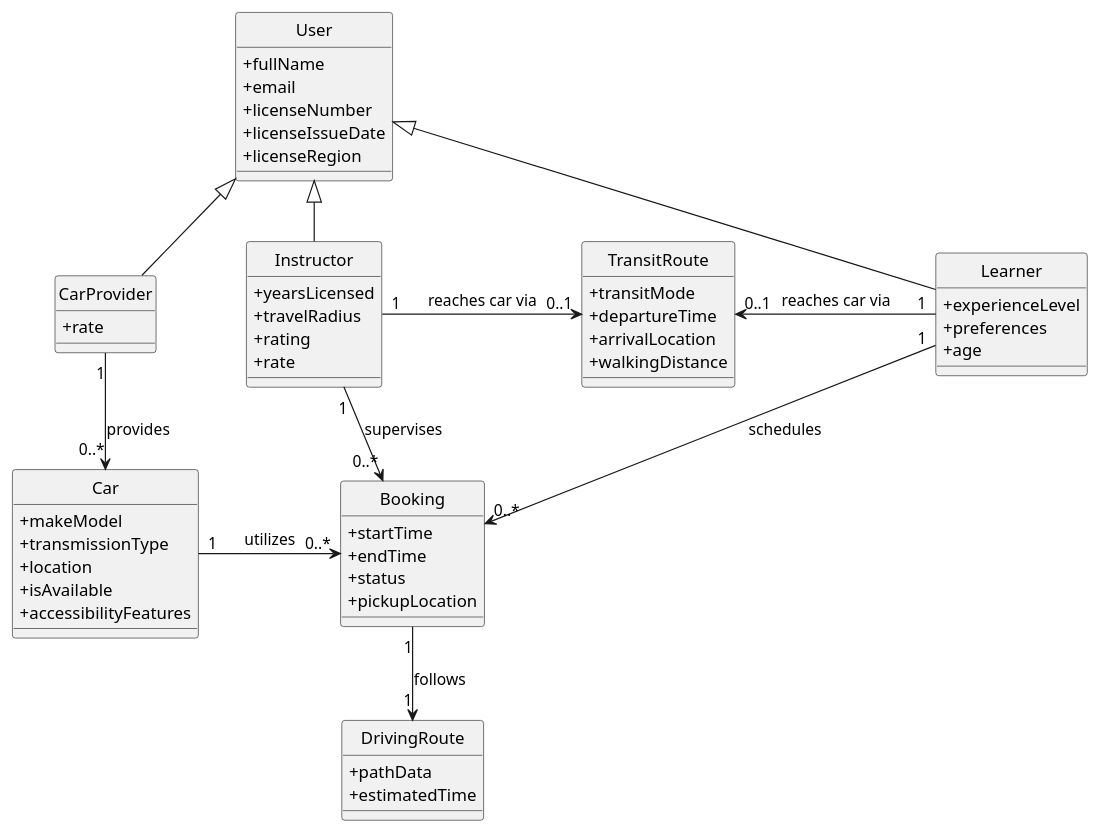
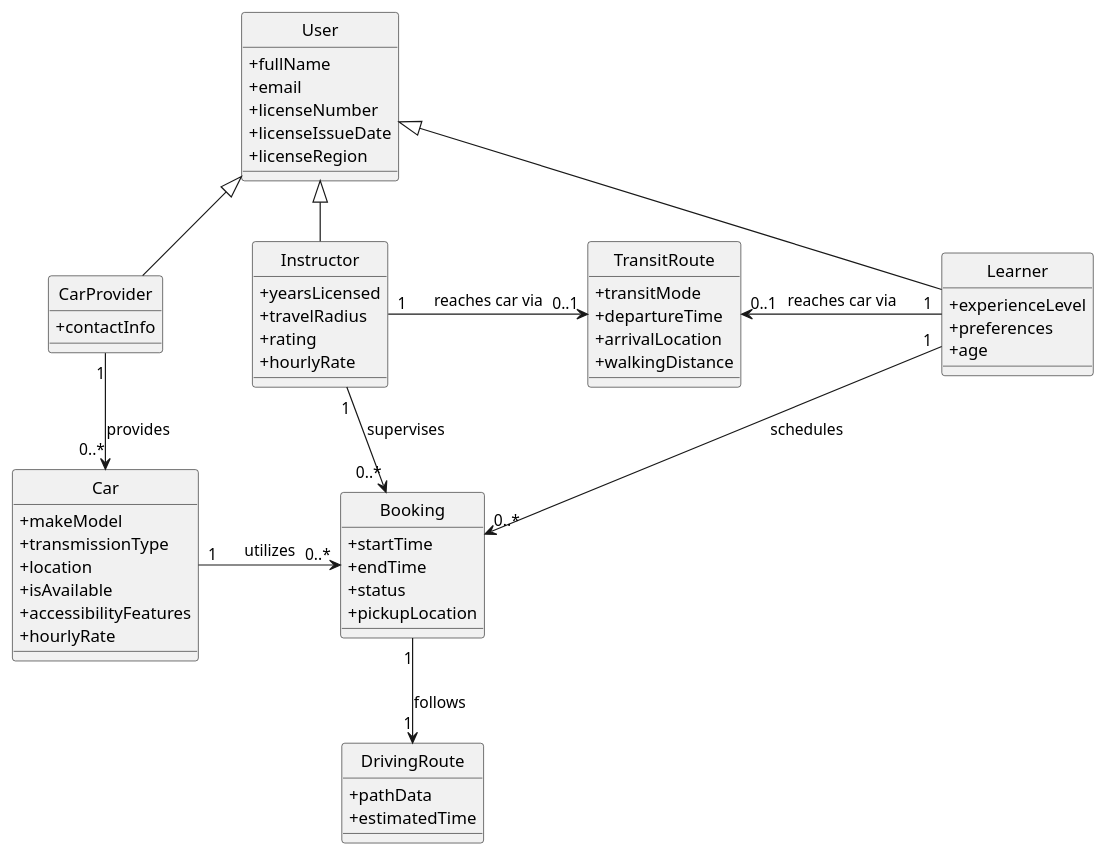
The diagram in documentation/domainModel.puml (FrancoisMartinez/SOEN343_Avatar), drawn with PlantUML before and after one commit.

```diff
--- a/documentation/domainModel.puml
+++ b/documentation/domainModel.puml
@@ -1,75 +1,75 @@
 @startuml
 skinparam classAttributeIconSize 0
 hide circle
 skinparam nodesep 75
 skinparam ranksep 50
 
-' --- USER ROLES ---
 class User {
     +fullName
     +email
     +licenseNumber
     +licenseIssueDate
     +licenseRegion
 }
 
 class Learner {
     +experienceLevel
     +preferences
     +age
 }
 
 class Instructor {
     +yearsLicensed
     +travelRadius
     +rating
-    +rate
+    +hourlyRate
 }
 
 class CarProvider {
-    +rate
+    +contactInfo
 }
 
 User <|-- Learner
 User <|-- Instructor
 User <|-- CarProvider
 
 class Car {
     +makeModel
     +transmissionType
     +location
     +isAvailable
     +accessibilityFeatures
+    +hourlyRate
 }
 
 class Booking {
     +startTime
     +endTime
     +status
     +pickupLocation
 }
 
 class DrivingRoute {
     +pathData
     +estimatedTime
 }
 
 class TransitRoute {
     +transitMode
     +departureTime
     +arrivalLocation
     +walkingDistance
 }
 
 
 Learner "1" -down-> "0..*" Booking : schedules
 Instructor "1" -down-> "0..*" Booking : supervises
 Car "1" -right-> "0..*" Booking : utilizes
 
 CarProvider "1" -down-> "0..*" Car : provides
 
 Booking "1" -down-> "1" DrivingRoute : follows
 Learner "1" -left-> "0..1" TransitRoute : reaches car via
 Instructor "1" -right-> "0..1" TransitRoute : reaches car via
 
 @enduml
```
